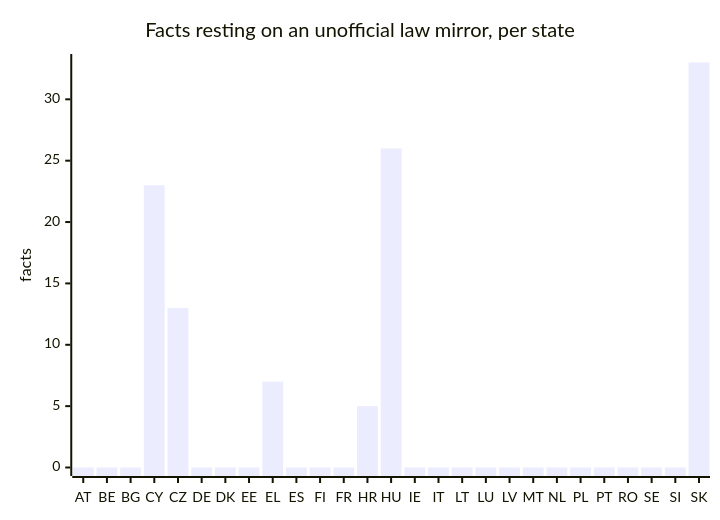
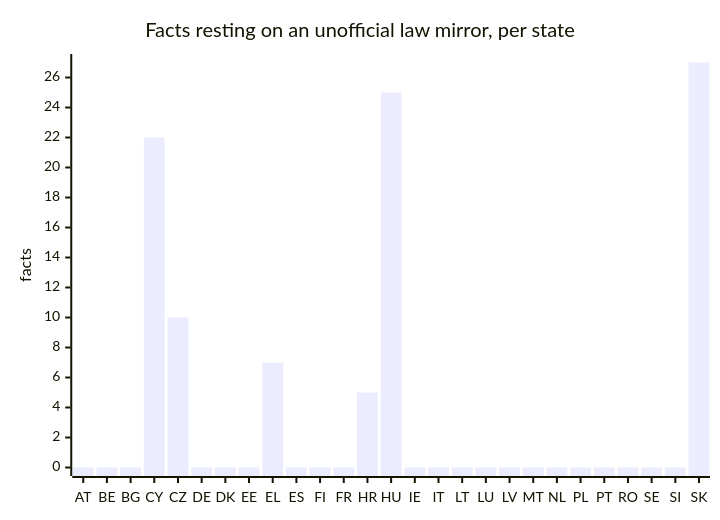
Before and after one commit to EU27-data-sovereignty/eu27-data-sovereignty: the third of 5 diagrams in docs/evidence.md, drawn with Mermaid. The commit also changed other lines of this file and 124 other files, not shown here.

````diff
--- a/docs/evidence.md
+++ b/docs/evidence.md
@@ -61,7 +61,7 @@
 ```mermaid
 xychart-beta
   title "Facts resting on an unofficial law mirror, per state"
   x-axis [AT, BE, BG, CY, CZ, DE, DK, EE, EL, ES, FI, FR, HR, HU, IE, IT, LT, LU, LV, MT, NL, PL, PT, RO, SE, SI, SK]
-  y-axis "facts" 0 --> 33
-  bar [0, 0, 0, 23, 13, 0, 0, 0, 7, 0, 0, 0, 5, 26, 0, 0, 0, 0, 0, 0, 0, 0, 0, 0, 0, 0, 33]
+  y-axis "facts" 0 --> 27
+  bar [0, 0, 0, 22, 10, 0, 0, 0, 7, 0, 0, 0, 5, 25, 0, 0, 0, 0, 0, 0, 0, 0, 0, 0, 0, 0, 27]
 ```
````
